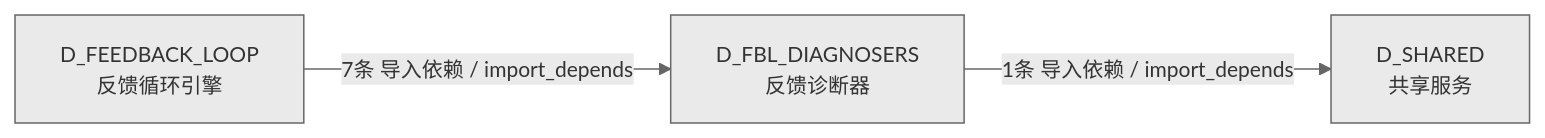
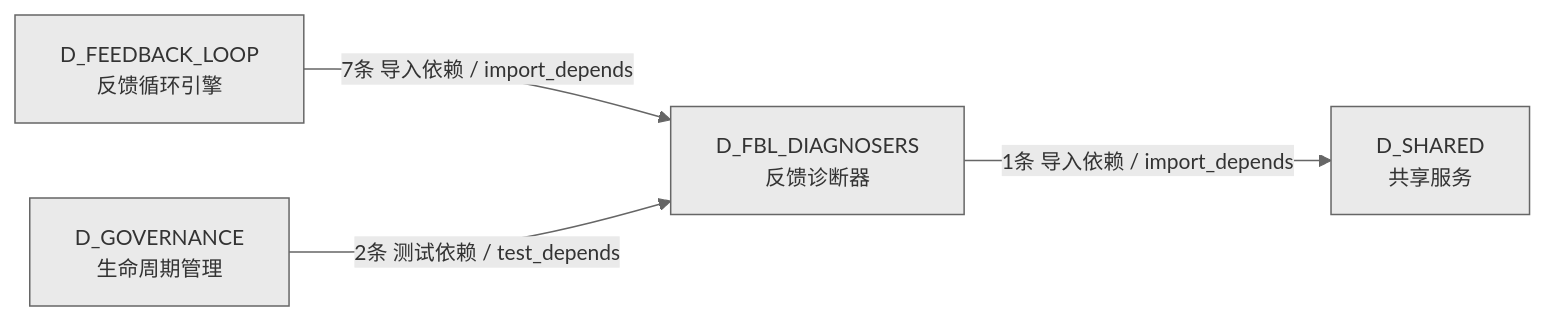
Before and after one commit to xuanFelixVan/ZephyrAlpha: the third of 3 diagrams in docs/02_enterprise_architecture/02_domain_architecture_docs/16_d_fbl_diagnosers.md, drawn with Mermaid. The commit also changed other lines of this file and 45 other files, not shown here.

````diff
--- a/docs/02_enterprise_architecture/02_domain_architecture_docs/16_d_fbl_diagnosers.md
+++ b/docs/02_enterprise_architecture/02_domain_architecture_docs/16_d_fbl_diagnosers.md
@@ -430,9 +435,11 @@
 ```mermaid
 %%{init: {'theme': 'base', 'themeVariables': {'primaryColor': '#eaeaea', 'primaryTextColor': '#333333', 'primaryBorderColor': '#666666', 'lineColor': '#666666', 'secondaryColor': '#eaeaea', 'tertiaryColor': '#eaeaea', 'fontSize': '14px'}}}%%
 graph LR
     D_FBL_DIAGNOSERS["D_FBL_DIAGNOSERS<br/>反馈诊断器"]
     D_SHARED["D_SHARED<br/>共享服务"]
     D_FEEDBACK_LOOP["D_FEEDBACK_LOOP<br/>反馈循环引擎"]
+    D_GOVERNANCE["D_GOVERNANCE<br/>生命周期管理"]
     D_FBL_DIAGNOSERS -->|1条 导入依赖 / import_depends| D_SHARED
     D_FEEDBACK_LOOP -->|7条 导入依赖 / import_depends| D_FBL_DIAGNOSERS
+    D_GOVERNANCE -->|2条 测试依赖 / test_depends| D_FBL_DIAGNOSERS
 ```
````
